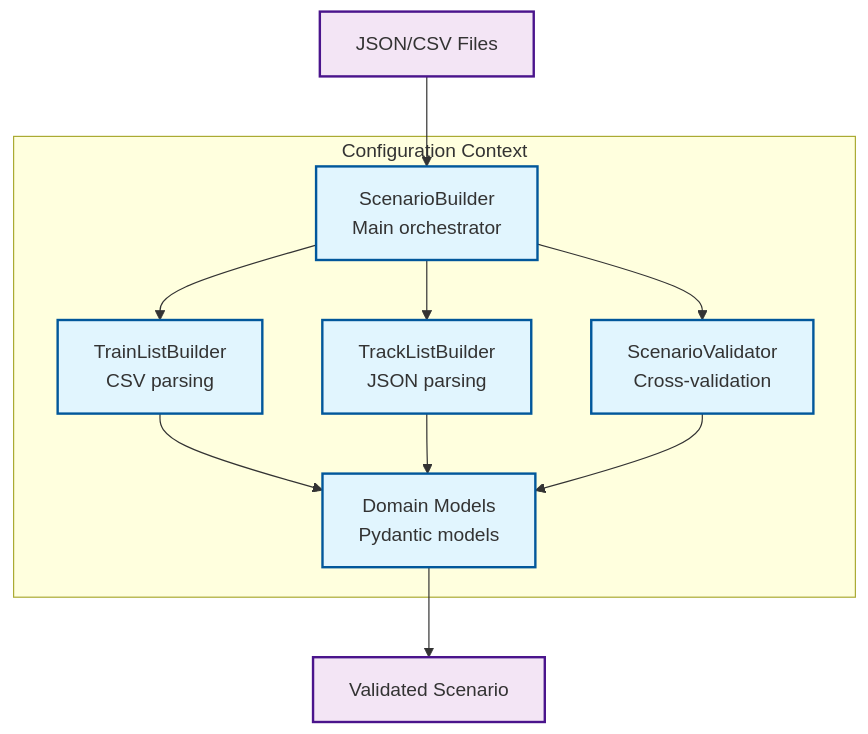
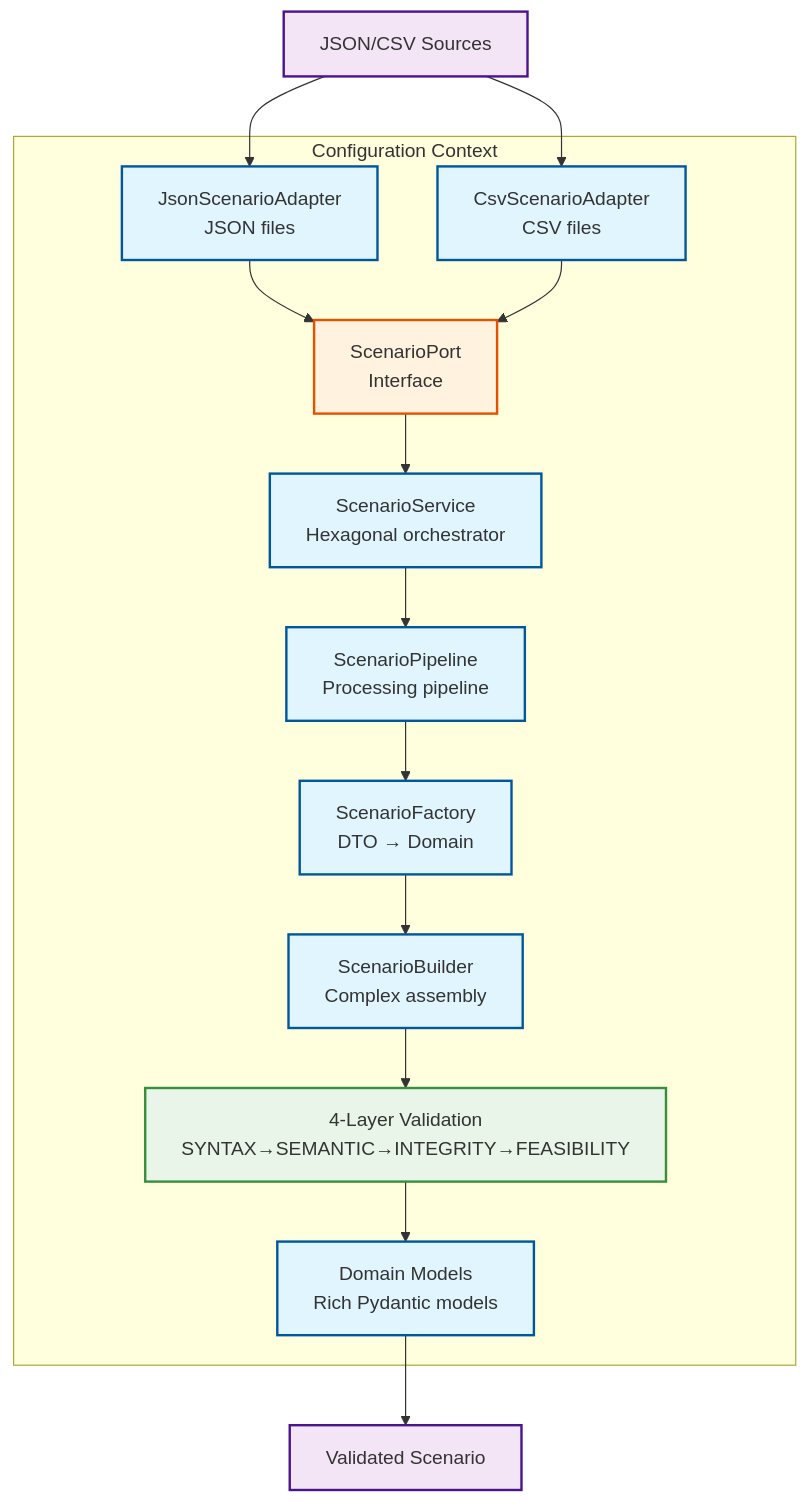
One commit to OpenRailAssociation/dac-migration-dss-popupsim changed the second of 7 diagrams in docs/mvp/architecture/05-building-blocks.md. Above: the diagram before and after it, drawn with Mermaid. The commit also changed other lines of this file and 101 other files, not shown here.

````diff
--- a/docs/mvp/architecture/05-building-blocks.md
+++ b/docs/mvp/architecture/05-building-blocks.md
@@ -60,25 +60,36 @@
 ```mermaid
 graph TB
     subgraph "Configuration Context"
-        Builder["ScenarioBuilder<br/>Main orchestrator"]
-        TrainBuilder["TrainListBuilder<br/>CSV parsing"]
-        TrackBuilder["TrackListBuilder<br/>JSON parsing"]
-        Validator["ScenarioValidator<br/>Cross-validation"]
-        Models["Domain Models<br/>Pydantic models"]
+        Service["ScenarioService<br/>Hexagonal orchestrator"]
+        Pipeline["ScenarioPipeline<br/>Processing pipeline"]
+        Port["ScenarioPort<br/>Interface"]
+        JsonAdapter["JsonScenarioAdapter<br/>JSON files"]
+        CsvAdapter["CsvScenarioAdapter<br/>CSV files"]
+        Factory["ScenarioFactory<br/>DTO → Domain"]
+        Builder["ScenarioBuilder<br/>Complex assembly"]
+        ValidationPipeline["4-Layer Validation<br/>SYNTAX→SEMANTIC→INTEGRITY→FEASIBILITY"]
+        Models["Domain Models<br/>Rich Pydantic models"]
     end
 
-    Files[JSON/CSV Files] --> Builder
-    Builder --> TrainBuilder
-    Builder --> TrackBuilder
-    Builder --> Validator
-    TrainBuilder --> Models
-    TrackBuilder --> Models
-    Validator --> Models
+    Files["JSON/CSV Sources"] --> JsonAdapter
+    Files --> CsvAdapter
+    JsonAdapter --> Port
+    CsvAdapter --> Port
+    Port --> Service
+    Service --> Pipeline
+    Pipeline --> Factory
+    Factory --> Builder
+    Builder --> ValidationPipeline
+    ValidationPipeline --> Models
     Models --> Output[Validated Scenario]
 
     classDef component fill:#e1f5fe,stroke:#01579b,stroke-width:2px
     classDef external fill:#f3e5f5,stroke:#4a148c,stroke-width:2px
+    classDef port fill:#fff3e0,stroke:#e65100,stroke-width:2px
+    classDef validation fill:#e8f5e8,stroke:#388e3c,stroke-width:2px
 
-    class Builder,TrainBuilder,TrackBuilder,Validator,Models component
+    class Service,Pipeline,JsonAdapter,CsvAdapter,Factory,Builder,Models component
     class Files,Output external
+    class Port port
+    class ValidationPipeline validation
 ```
````
